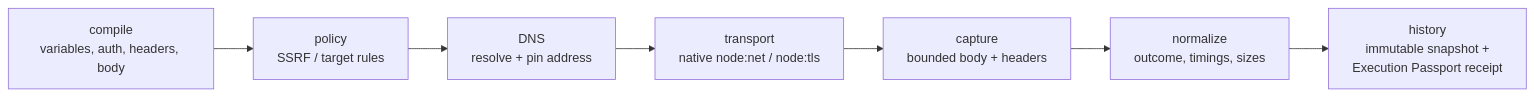
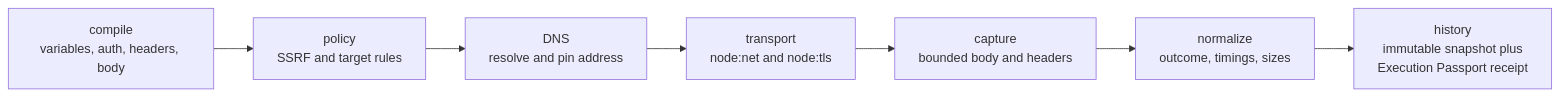
The second of 3 diagrams in README.md (Sathvikar01/coderepo-react-node-postman), drawn with Mermaid before and after one commit. The commit also changed other lines of this file, not shown here.

Commit message:
docs(readme): robust mermaid syntax in architecture diagrams

````diff
--- a/README.md
+++ b/README.md
@@ -117,9 +117,9 @@
 ```mermaid
 flowchart LR
-    C["compile<br/>variables, auth, headers, body"] --> P["policy<br/>SSRF / target rules"]
-    P --> D["DNS<br/>resolve + pin address"]
-    D --> T["transport<br/>native node:net / node:tls"]
-    T --> CA["capture<br/>bounded body + headers"]
+    C["compile<br/>variables, auth, headers, body"] --> P["policy<br/>SSRF and target rules"]
+    P --> D["DNS<br/>resolve and pin address"]
+    D --> T["transport<br/>node:net and node:tls"]
+    T --> CA["capture<br/>bounded body and headers"]
     CA --> N["normalize<br/>outcome, timings, sizes"]
-    N --> H["history<br/>immutable snapshot +<br/>Execution Passport receipt"]
+    N --> H["history<br/>immutable snapshot plus<br/>Execution Passport receipt"]
 ```
````
